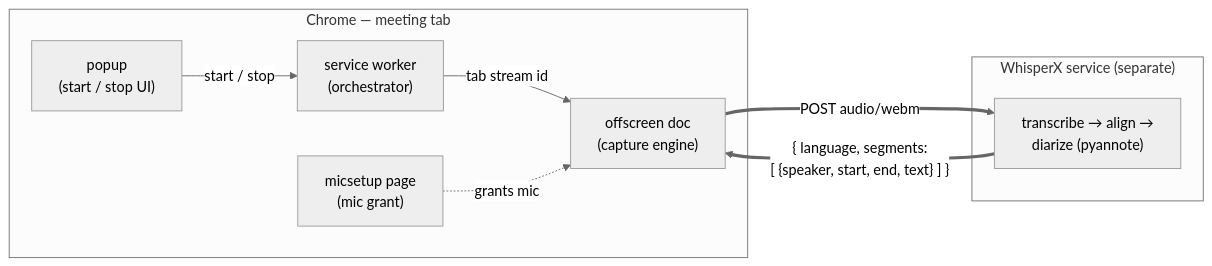
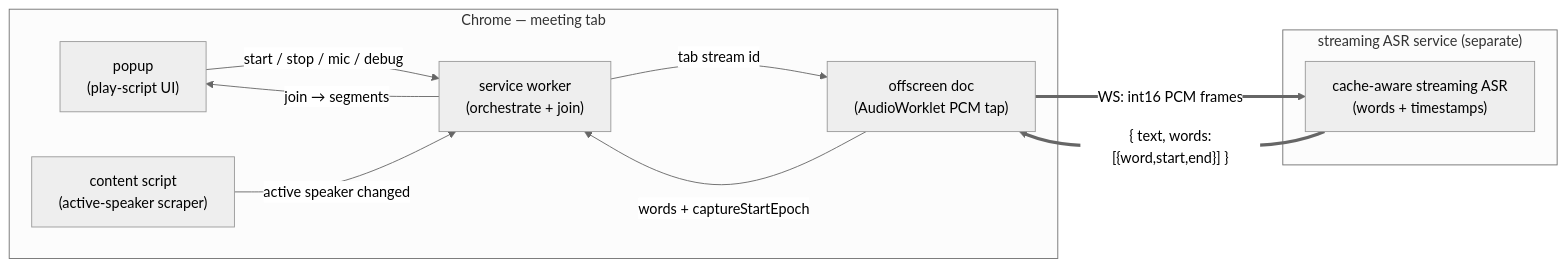
The diagram in extension/README.md (xav-ie/scribe), drawn with Mermaid (neutral theme) before and after one commit. The commit also changed other lines of this file and 19 other files, not shown here.

````diff
--- a/extension/README.md
+++ b/extension/README.md
@@ -23,20 +34,21 @@
 ```mermaid
 flowchart LR
     subgraph chrome["Chrome — meeting tab"]
-        pop["popup<br/>(start / stop UI)"]
-        sw["service worker<br/>(orchestrator)"]
-        off["offscreen doc<br/>(capture engine)"]
-        mic["micsetup page<br/>(mic grant)"]
+        pop["popup<br/>(play-script UI)"]
+        sw["service worker<br/>(orchestrate + join)"]
+        off["offscreen doc<br/>(AudioWorklet PCM tap)"]
+        cs["content script<br/>(active-speaker scraper)"]
     end
 
-    subgraph svc["WhisperX service (separate)"]
-        pipe["transcribe → align →<br/>diarize (pyannote)"]
+    subgraph svc["streaming ASR service (separate)"]
+        asr["cache-aware streaming ASR<br/>(words + timestamps)"]
     end
 
-    pop -- "start / stop" --> sw
+    pop -- "start / stop / mic / debug" --> sw
     sw -- "tab stream id" --> off
-    mic -. "grants mic" .-> off
-
-    off == "POST audio/webm" ==> pipe
-    pipe == "{ language, segments:<br/>[ {speaker, start, end, text} ] }" ==> off
+    off == "WS: int16 PCM frames" ==> asr
+    asr == "{ text, words:[{word,start,end}] }" ==> off
+    off -- "words + captureStartEpoch" --> sw
+    cs -- "active speaker changed" --> sw
+    sw -- "join → segments" --> pop
 ```
````
